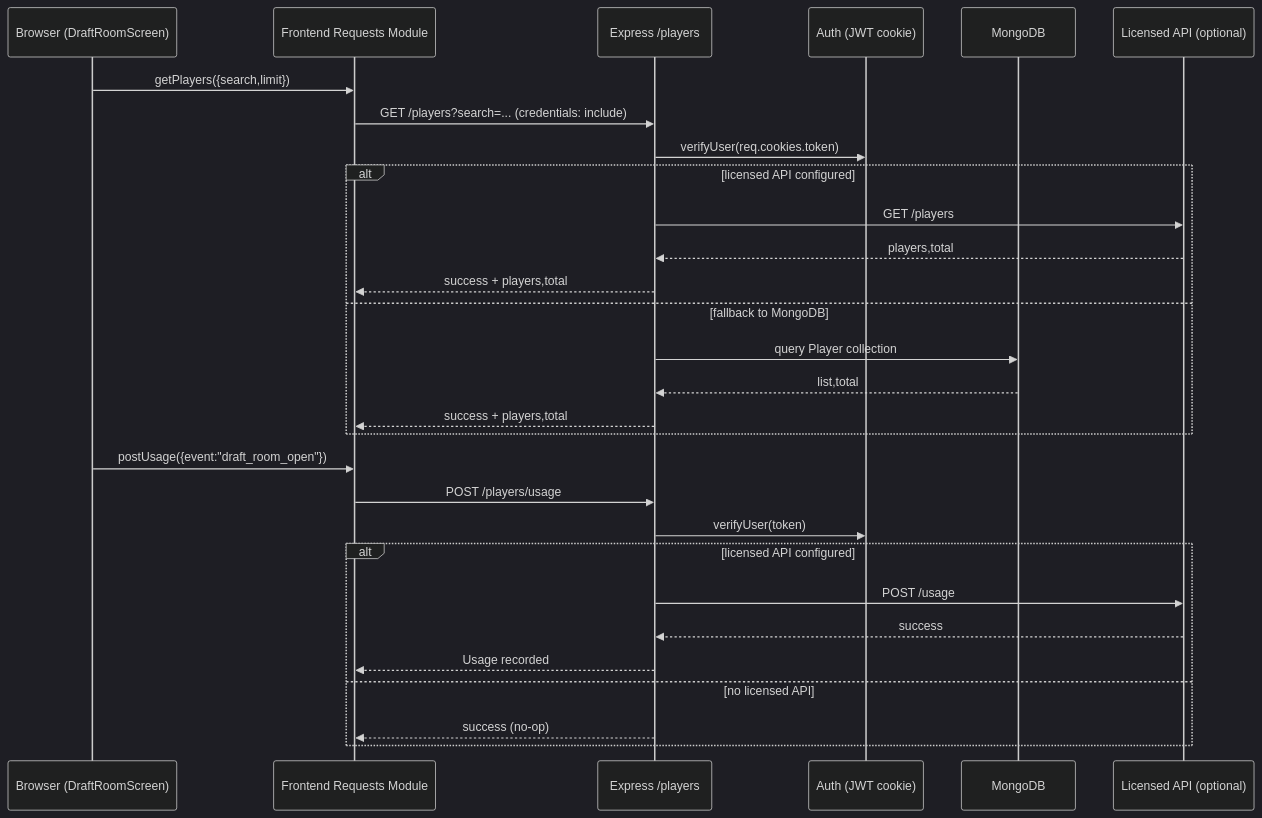
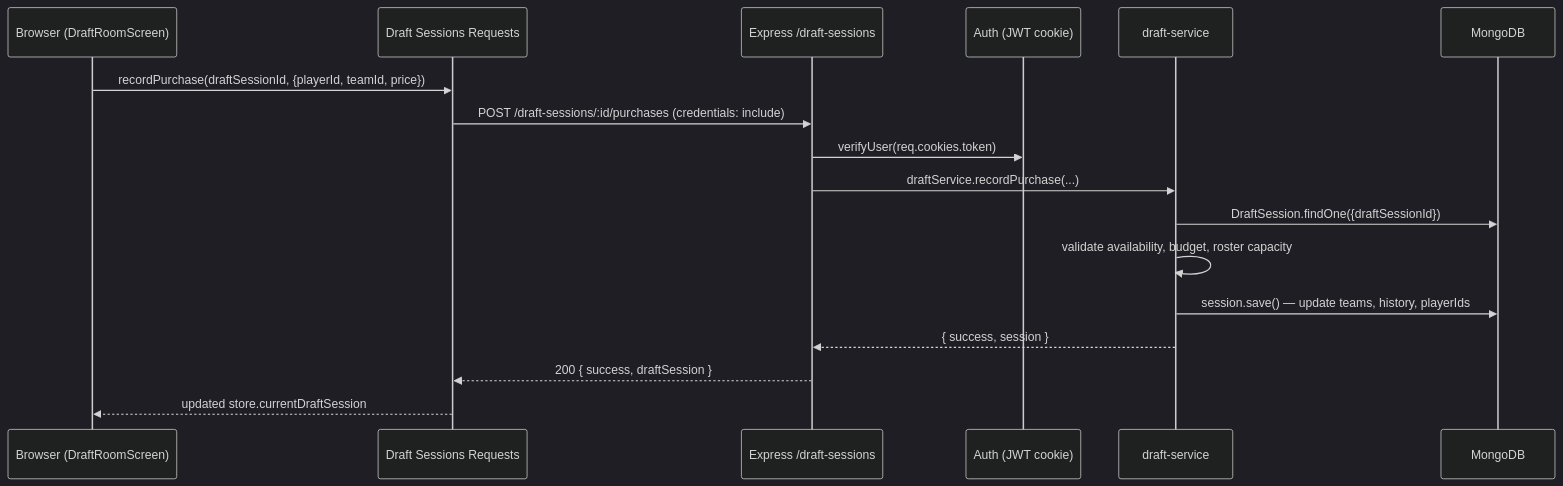
Before and after one commit to nmarmi/416-Minimum-Viable-Product: the fifth of 6 diagrams in docs/architecture-diagram.md, drawn with Mermaid (dark theme). The commit also changed other lines of this file and 2 other files, not shown here.

````diff
--- a/docs/architecture-diagram.md
+++ b/docs/architecture-diagram.md
@@ -79,35 +132,20 @@
 ```mermaid
 sequenceDiagram
     participant B as Browser (DraftRoomScreen)
-    participant F as Frontend Requests Module
-    participant S as Express /players
+    participant F as Draft Sessions Requests
+    participant S as Express /draft-sessions
     participant A as Auth (JWT cookie)
+    participant DS as draft-service
     participant D as MongoDB
-    participant X as Licensed API (optional)
 
-    B->>F: getPlayers({search,limit})
-    F->>S: GET /players?search=... (credentials: include)
+    B->>F: recordPurchase(draftSessionId, {playerId, teamId, price})
+    F->>S: POST /draft-sessions/:id/purchases (credentials: include)
     S->>A: verifyUser(req.cookies.token)
-
-    alt licensed API configured
-      S->>X: GET /players
-      X-->>S: players,total
-      S-->>F: success + players,total
-    else fallback to MongoDB
-      S->>D: query Player collection
-      D-->>S: list,total
-      S-->>F: success + players,total
-    end
-
-    B->>F: postUsage({event:"draft_room_open"})
-    F->>S: POST /players/usage
-    S->>A: verifyUser(token)
-
-    alt licensed API configured
-      S->>X: POST /usage
-      X-->>S: success
-      S-->>F: Usage recorded
-    else no licensed API
-      S-->>F: success (no-op)
-    end
+    S->>DS: draftService.recordPurchase(...)
+    DS->>D: DraftSession.findOne({draftSessionId})
+    DS->>DS: validate availability, budget, roster capacity
+    DS->>D: session.save() — update teams, history, playerIds
+    DS-->>S: { success, session }
+    S-->>F: 200 { success, draftSession }
+    F-->>B: updated store.currentDraftSession
 ```
````
